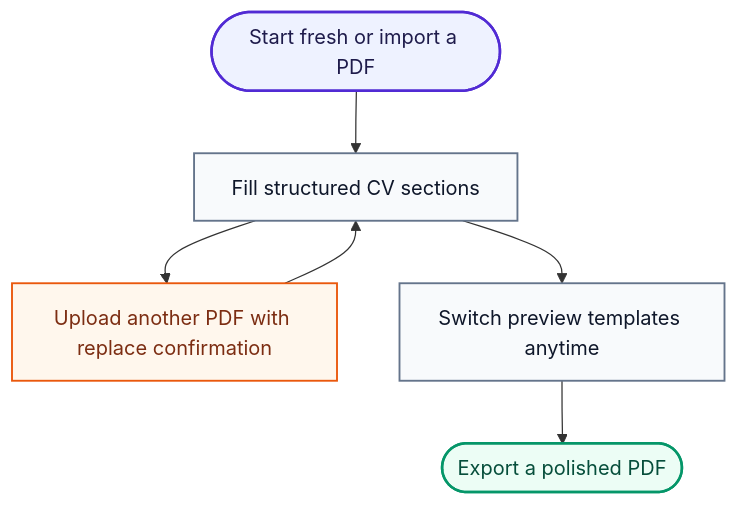
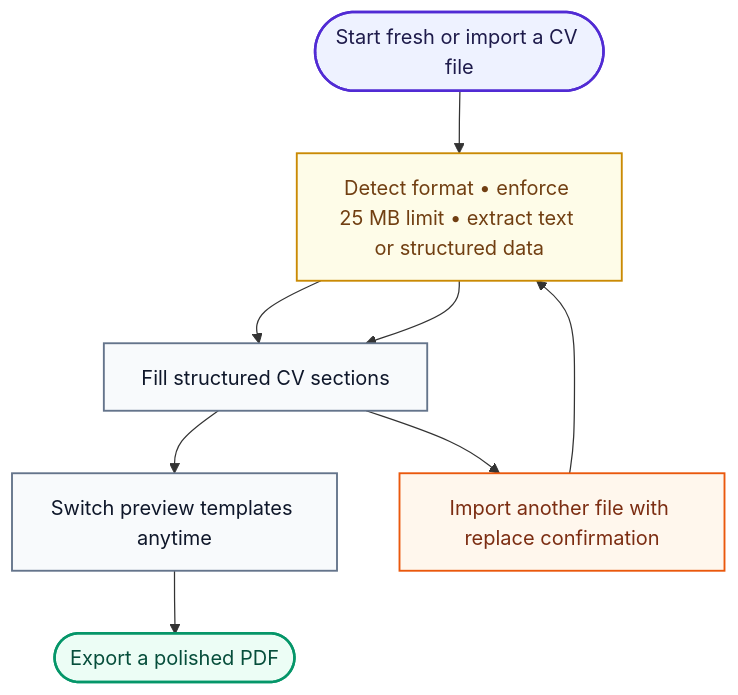
The diagram in README.md (01laky/ReVitae), drawn with Mermaid before and after one commit. The commit also changed other lines of this file and 62 other files, not shown here.

````diff
--- a/README.md
+++ b/README.md
@@ -16,17 +16,19 @@
 ```mermaid
 flowchart TD
-    start(["Start fresh or import a PDF"])
+    start(["Start fresh or import a CV file"])
+    ingest["Detect format • enforce 25 MB limit • extract text or structured data"]
     sections["Fill structured CV sections"]
-    replace["Upload another PDF with replace confirmation"]
+    replace["Import another file with replace confirmation"]
     templates["Switch preview templates anytime"]
     export(["Export a polished PDF"])
 
-    start --> sections --> templates --> export
-    sections --> replace --> sections
+    start --> ingest --> sections --> templates --> export
+    sections --> replace --> ingest --> sections
 
     style start fill:#eef2ff,stroke:#512BD4,stroke-width:2px,color:#1e1b4b
+    style ingest fill:#fefce8,stroke:#ca8a04,stroke-width:1.5px,color:#713f12
     style sections fill:#f8fafc,stroke:#64748b,stroke-width:1.5px,color:#0f172a
     style replace fill:#fff7ed,stroke:#ea580c,stroke-width:1.5px,color:#7c2d12
     style templates fill:#f8fafc,stroke:#64748b,stroke-width:1.5px,color:#0f172a
     style export fill:#ecfdf5,stroke:#059669,stroke-width:2px,color:#064e3b
 ```
````
